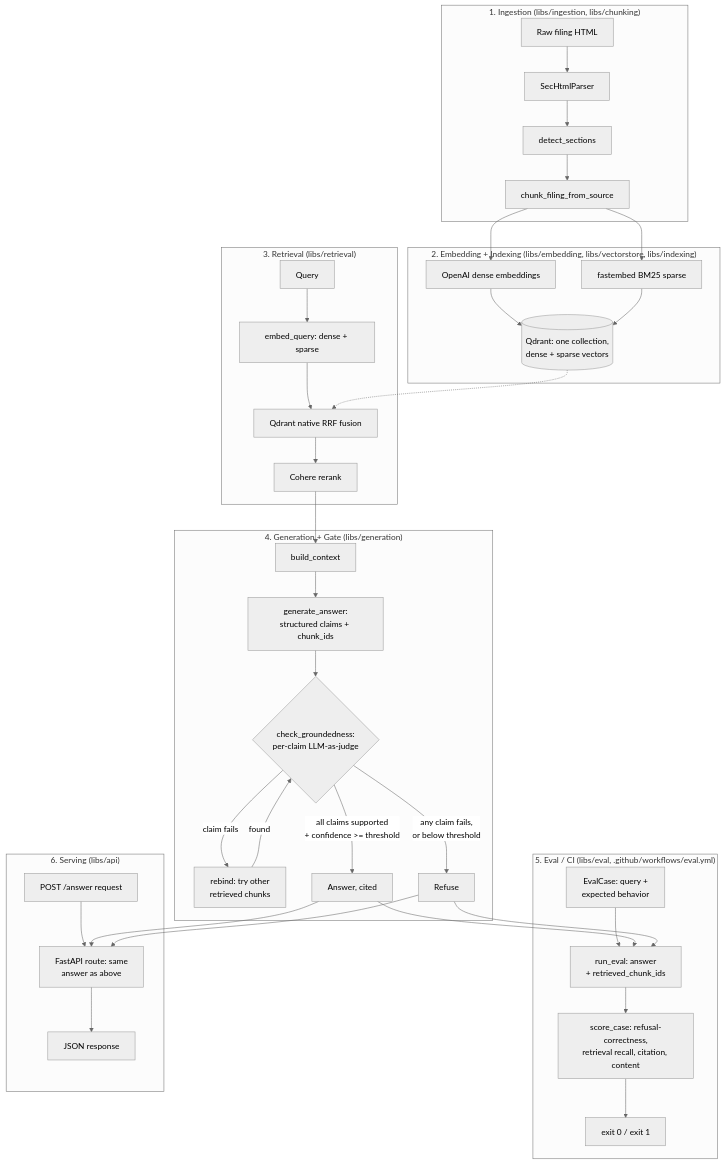
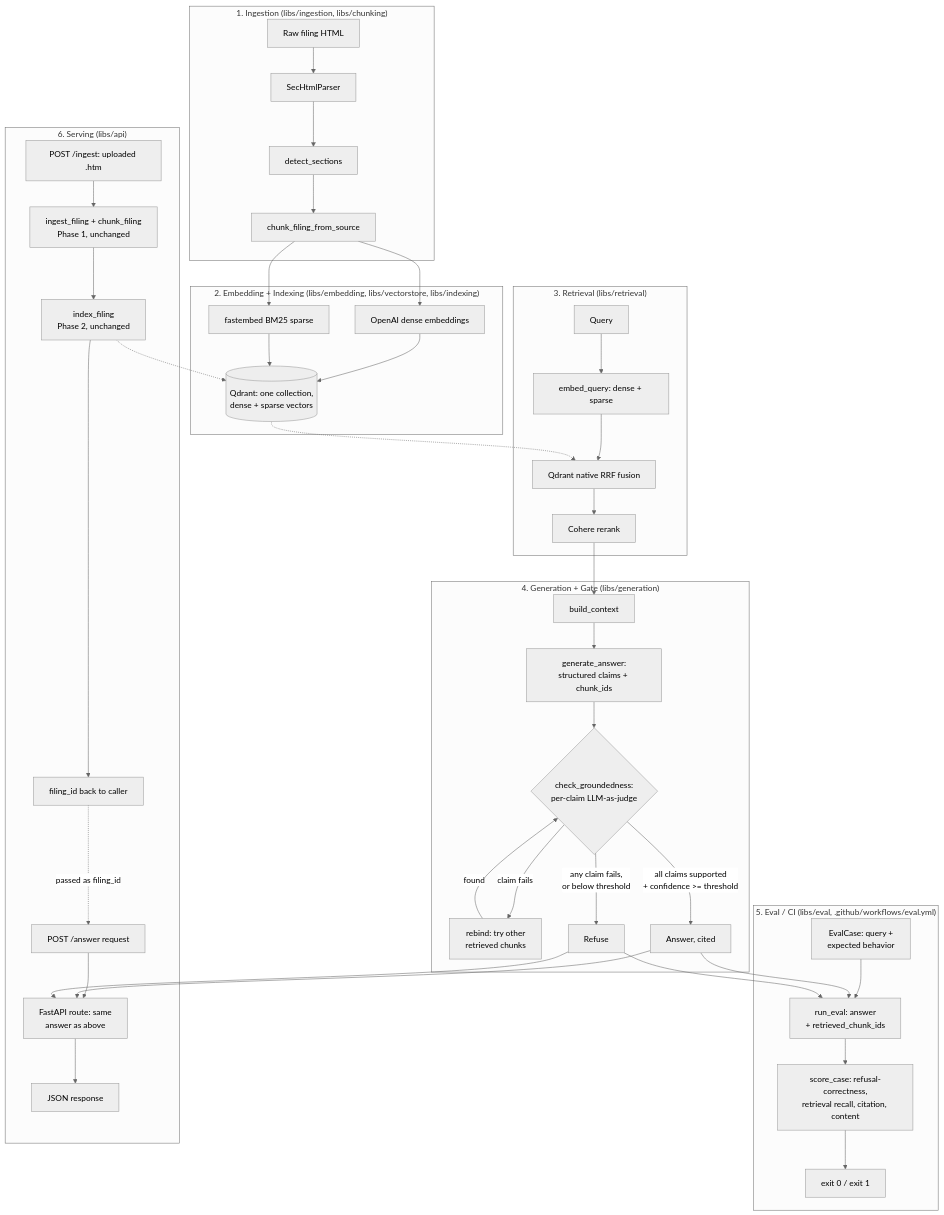
One commit to Prarthana-Singh/CiteOrRefuse changed the diagram in docs/architecture.md. Above: the diagram before and after it, drawn with Mermaid (neutral theme). The commit also changed other lines of this file and 16 other files, not shown here.

First line of the commit message:
feat: add POST /ingest endpoint for uploading 10-K filings

````diff
--- a/docs/architecture.md
+++ b/docs/architecture.md
@@ -10,47 +10,53 @@
 ```mermaid
 flowchart TD
     subgraph Ingestion["1. Ingestion (libs/ingestion, libs/chunking)"]
         A[Raw filing HTML] --> B[SecHtmlParser]
         B --> C[detect_sections]
         C --> D[chunk_filing_from_source]
     end
 
     subgraph Indexing["2. Embedding + Indexing (libs/embedding, libs/vectorstore, libs/indexing)"]
         D --> E[OpenAI dense embeddings]
         D --> F[fastembed BM25 sparse]
         E --> G[(Qdrant: one collection,<br/>dense + sparse vectors)]
         F --> G
     end
 
     subgraph Retrieval["3. Retrieval (libs/retrieval)"]
         Q[Query] --> H[embed_query: dense + sparse]
         H --> I[Qdrant native RRF fusion]
         G -.-> I
         I --> J[Cohere rerank]
     end
 
     subgraph Generation["4. Generation + Gate (libs/generation)"]
         J --> K[build_context]
         K --> L[generate_answer:<br/>structured claims + chunk_ids]
         L --> M{check_groundedness:<br/>per-claim LLM-as-judge}
         M -- claim fails --> N[rebind: try other<br/>retrieved chunks]
         N -- found --> M
         M -- all claims supported<br/>+ confidence >= threshold --> O[Answer, cited]
         M -- any claim fails,<br/>or below threshold --> P[Refuse]
     end
 
     subgraph EvalCI["5. Eval / CI (libs/eval, .github/workflows/eval.yml)"]
         R[EvalCase: query +<br/>expected behavior] --> S[run_eval: answer<br/>+ retrieved_chunk_ids]
         O --> S
         P --> S
         S --> T[score_case: refusal-correctness,<br/>retrieval recall, citation, content]
         T --> U[exit 0 / exit 1]
     end
 
     subgraph Serving["6. Serving (libs/api)"]
         V[POST /answer request] --> W[FastAPI route: same<br/>answer as above]
         O --> W
         P --> W
         W --> X[JSON response]
+
+        Y[POST /ingest: uploaded .htm] --> Z[ingest_filing + chunk_filing<br/>Phase 1, unchanged]
+        Z --> AA[index_filing<br/>Phase 2, unchanged]
+        AA -.-> G
+        AA --> AB[filing_id back to caller]
+        AB -.->|passed as filing_id| V
     end
 ```
````
